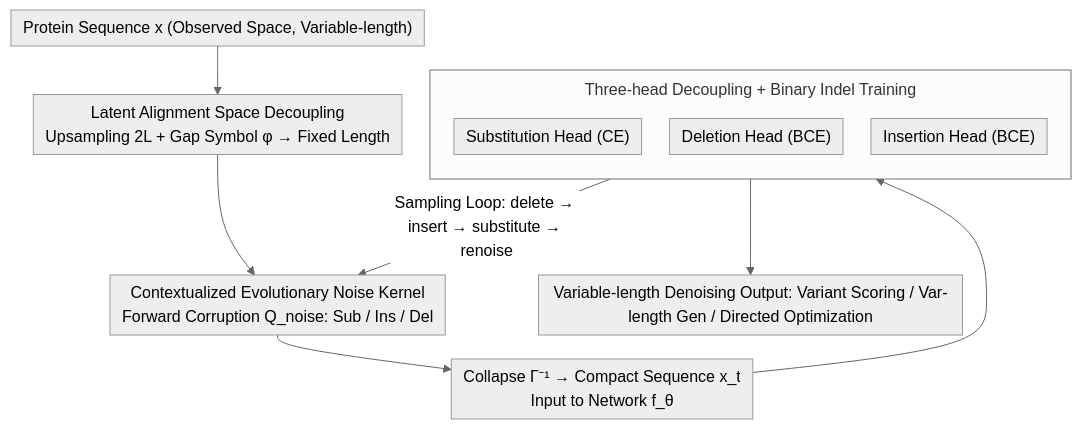
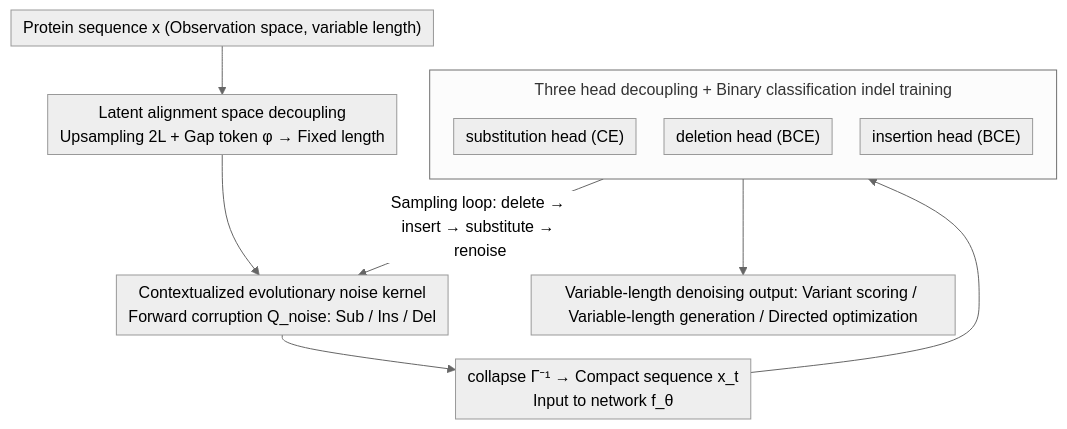
One commit to zhaoyang97/Paper-Notes-en changed the diagram in docs/ICML2026/computational_biology/towards_a_generative_protein_evolution_machine_with_dplm-evo.md. Above: the diagram before and after it, drawn with Mermaid (neutral theme). The commit also changed other lines of this file and 5084 other files, not shown here.

````diff
--- a/docs/ICML2026/computational_biology/towards_a_generative_protein_evolution_machine_with_dplm-evo.md
+++ b/docs/ICML2026/computational_biology/towards_a_generative_protein_evolution_machine_with_dplm-evo.md
@@ -42,16 +42,16 @@
 ```mermaid
 %%{init: {'flowchart': {'rankSpacing': 24, 'nodeSpacing': 28, 'padding': 6, 'wrappingWidth': 400, 'subGraphTitleMargin': {'top': 8, 'bottom': 16}}}}%%
 flowchart TD
-    X["Protein Sequence x (Observed Space, Variable-length)"] --> Z["Latent Alignment Space Decoupling<br/>Upsampling 2L + Gap Symbol φ → Fixed Length"]
-    Z --> Q["Contextualized Evolutionary Noise Kernel<br/>Forward Corruption Q_noise: Sub / Ins / Del"]
-    Q --> C["Collapse Γ⁻¹ → Compact Sequence x_t<br/>Input to Network f_θ"]
+    X["Protein sequence x (Observation space, variable length)"] --> Z["Latent alignment space decoupling<br/>Upsampling 2L + Gap token φ → Fixed length"]
+    Z --> Q["Contextualized evolutionary noise kernel<br/>Forward corruption Q_noise: Sub / Ins / Del"]
+    Q --> C["collapse Γ⁻¹ → Compact sequence x_t<br/>Input to network f_θ"]
     C --> H
-    subgraph H["Three-head Decoupling + Binary Indel Training"]
+    subgraph H["Three head decoupling + Binary classification indel training"]
         direction TB
-        H1["Substitution Head (CE)"]
-        H2["Deletion Head (BCE)"]
-        H3["Insertion Head (BCE)"]
+        H1["substitution head (CE)"]
+        H2["deletion head (BCE)"]
+        H3["insertion head (BCE)"]
     end
-    H -->|"Sampling Loop: delete → insert → substitute → renoise"| Q
-    H --> OUT["Variable-length Denoising Output: Variant Scoring / Var-length Gen / Directed Optimization"]
+    H -->|"Sampling loop: delete → insert → substitute → renoise"| Q
+    H --> OUT["Variable-length denoising output: Variant scoring / Variable-length generation / Directed optimization"]
 ```
````
